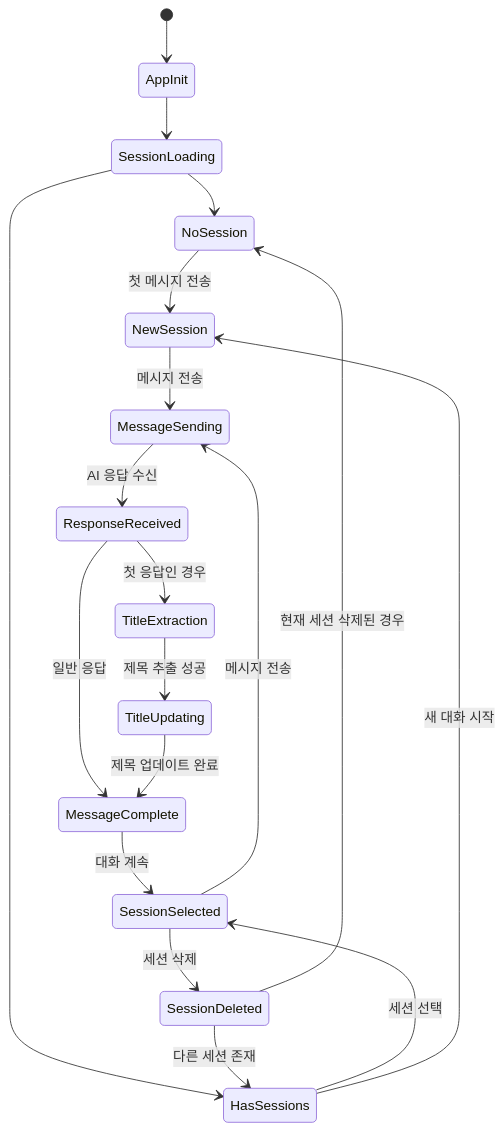
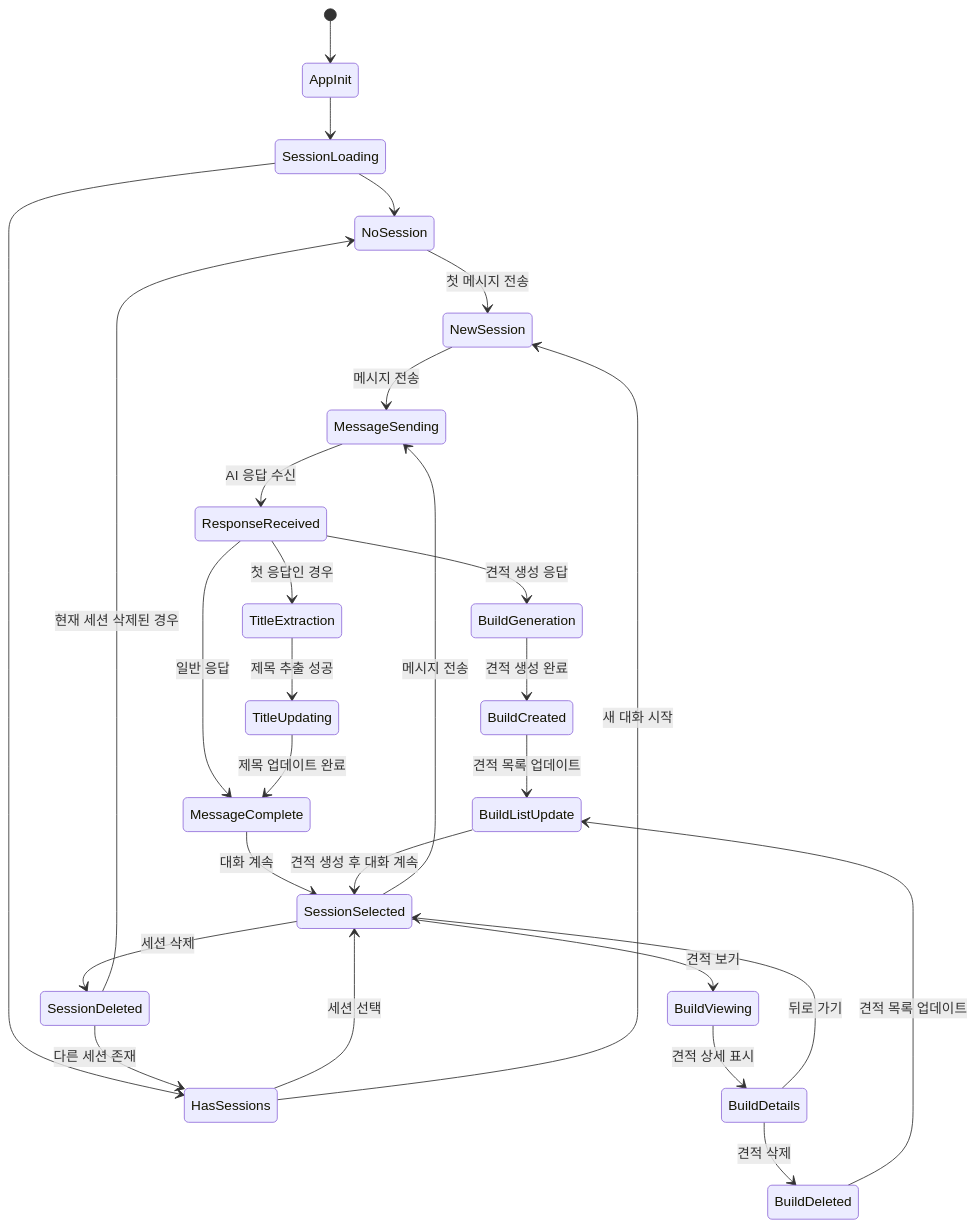
One commit to p0pular131/askspec-chat-assistant changed diagram 13 of 19 in docs/design-specification.md. Above: the diagram before and after it, drawn with Mermaid. The commit also changed other lines of this file, not shown here.

First line of the commit message:
Fix: Improve design spec diagrams and add estimate features

````diff
--- a/docs/design-specification.md
+++ b/docs/design-specification.md
@@ -654,26 +1023,39 @@
 ```mermaid
 stateDiagram-v2
     [*] --> AppInit
     AppInit --> SessionLoading
     SessionLoading --> NoSession
     SessionLoading --> HasSessions
     
     NoSession --> NewSession : 첫 메시지 전송
     HasSessions --> SessionSelected : 세션 선택
     HasSessions --> NewSession : 새 대화 시작
     
     NewSession --> MessageSending : 메시지 전송
     SessionSelected --> MessageSending : 메시지 전송
     
     MessageSending --> ResponseReceived : AI 응답 수신
+    ResponseReceived --> BuildGeneration : 견적 생성 응답
     ResponseReceived --> TitleExtraction : 첫 응답인 경우
     ResponseReceived --> MessageComplete : 일반 응답
+    
+    BuildGeneration --> BuildCreated : 견적 생성 완료
+    BuildCreated --> BuildListUpdate : 견적 목록 업데이트
     
     TitleExtraction --> TitleUpdating : 제목 추출 성공
     TitleUpdating --> MessageComplete : 제목 업데이트 완료
     
     MessageComplete --> SessionSelected : 대화 계속
+    BuildListUpdate --> SessionSelected : 견적 생성 후 대화 계속
+    
     SessionSelected --> SessionDeleted : 세션 삭제
+    SessionSelected --> BuildViewing : 견적 보기
+    
+    BuildViewing --> BuildDetails : 견적 상세 표시
+    BuildDetails --> BuildDeleted : 견적 삭제
+    BuildDetails --> SessionSelected : 뒤로 가기
+    
+    BuildDeleted --> BuildListUpdate : 견적 목록 업데이트
     SessionDeleted --> NoSession : 현재 세션 삭제된 경우
     SessionDeleted --> HasSessions : 다른 세션 존재
 ```
````
